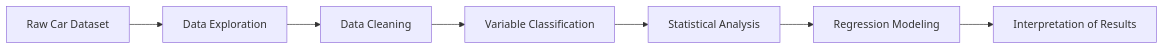
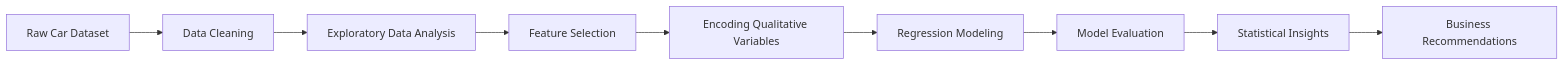
The first of 2 diagrams in README.md (manarkotb2025-debug/The-effect-of-quantitative-and-qualitative-variables-on-the-price-of-the-car-), drawn with Mermaid before and after one commit. The commit also changed other lines of this file, not shown here.

````diff
--- a/README.md
+++ b/README.md
@@ -59,9 +53,11 @@
 ```mermaid
 flowchart LR
-A[Raw Car Dataset] --> B[Data Exploration]
-B --> C[Data Cleaning]
-C --> D[Variable Classification]
-D --> E[Statistical Analysis]
-E --> F[Regression Modeling]
-F --> G[Interpretation of Results]
+    A[Raw Car Dataset] --> B[Data Cleaning]
+    B --> C[Exploratory Data Analysis]
+    C --> D[Feature Selection]
+    D --> E[Encoding Qualitative Variables]
+    E --> F[Regression Modeling]
+    F --> G[Model Evaluation]
+    G --> H[Statistical Insights]
+    H --> I[Business Recommendations]
 ```
````
